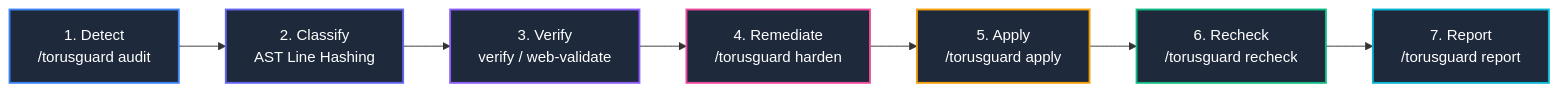
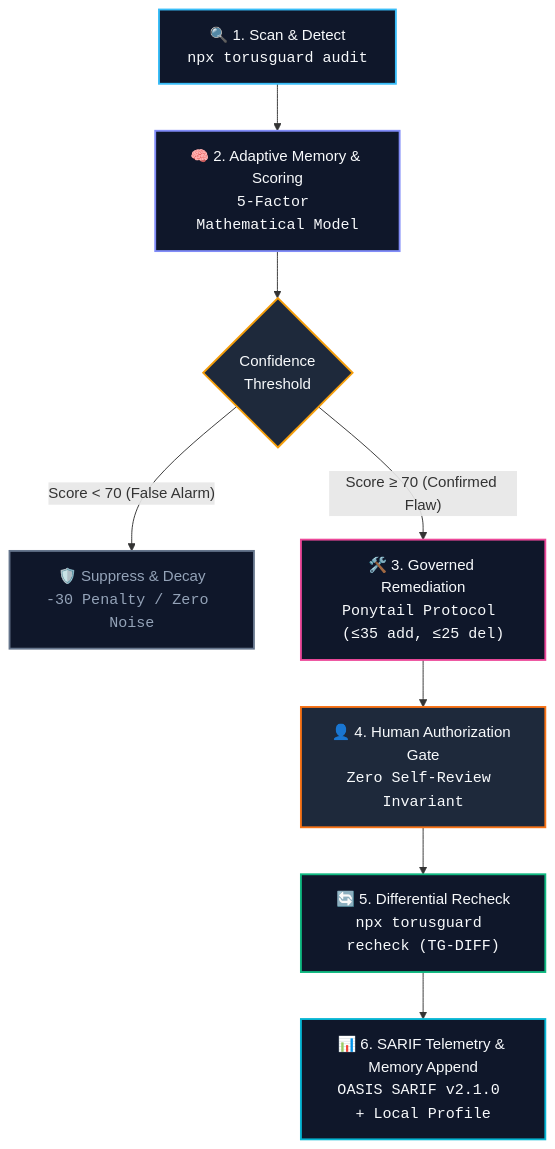
Before and after one commit to githubmofo/TorusGuard: the second of 2 diagrams in README.md, drawn with Mermaid. The commit also changed other lines of this file and 6 other files, not shown here.

Commit message:
docs(readme): enhance governance flowchart and stream-aligned documentation; fix test import squiggles

````diff
--- a/README.md
+++ b/README.md
@@ -155,17 +132,19 @@
 ```mermaid
-flowchart LR
-    Detect["1. Detect<br>/torusguard audit"] --> Classify["2. Classify<br>AST Line Hashing"]
-    Classify --> Verify["3. Verify<br>verify / web-validate"]
-    Verify --> Remediate["4. Remediate<br>/torusguard harden"]
-    Remediate --> Apply["5. Apply<br>/torusguard apply"]
-    Apply --> Recheck["6. Recheck<br>/torusguard recheck"]
-    Recheck --> Report["7. Report<br>/torusguard report"]
+flowchart TD
+    Scan["🔍 1. Scan & Detect<br><code>npx torusguard audit</code>"] --> Score["🧠 2. Adaptive Memory & Scoring<br><code>5-Factor Mathematical Model</code>"]
+    Score --> Decision{"Confidence<br>Threshold"}
+    Decision -- "Score < 70 (False Alarm)" --> Suppress["🛡️ Suppress & Decay<br><code>-30 Penalty / Zero Noise</code>"]
+    Decision -- "Score ≥ 70 (Confirmed Flaw)" --> Patch["🛠️ 3. Governed Remediation<br><code>Ponytail Protocol (≤35 add, ≤25 del)</code>"]
+    Patch --> Gate["👤 4. Human Authorization Gate<br><code>Zero Self-Review Invariant</code>"]
+    Gate --> Recheck["🔄 5. Differential Recheck<br><code>npx torusguard recheck (TG-DIFF)</code>"]
+    Recheck --> Telemetry["📊 6. SARIF Telemetry & Memory Append<br><code>OASIS SARIF v2.1.0 + Local Profile</code>"]
 
-    style Detect fill:#1e293b,stroke:#3b82f6,stroke-width:2px,color:#fff
-    style Classify fill:#1e293b,stroke:#6366f1,stroke-width:2px,color:#fff
-    style Verify fill:#1e293b,stroke:#8b5cf6,stroke-width:2px,color:#fff
-    style Remediate fill:#1e293b,stroke:#ec4899,stroke-width:2px,color:#fff
-    style Apply fill:#1e293b,stroke:#f59e0b,stroke-width:2px,color:#fff
-    style Recheck fill:#1e293b,stroke:#10b981,stroke-width:2px,color:#fff
-    style Report fill:#1e293b,stroke:#06b6d4,stroke-width:2px,color:#fff
+    style Scan fill:#0f172a,stroke:#38bdf8,stroke-width:2px,color:#f8fafc
+    style Score fill:#0f172a,stroke:#818cf8,stroke-width:2px,color:#f8fafc
+    style Decision fill:#1e293b,stroke:#f59e0b,stroke-width:2px,color:#f8fafc
+    style Suppress fill:#0f172a,stroke:#64748b,stroke-width:2px,color:#94a3b8
+    style Patch fill:#0f172a,stroke:#ec4899,stroke-width:2px,color:#f8fafc
+    style Gate fill:#1e293b,stroke:#f97316,stroke-width:2px,color:#f8fafc
+    style Recheck fill:#0f172a,stroke:#10b981,stroke-width:2px,color:#f8fafc
+    style Telemetry fill:#0f172a,stroke:#06b6d4,stroke-width:2px,color:#f8fafc
 ```
````
